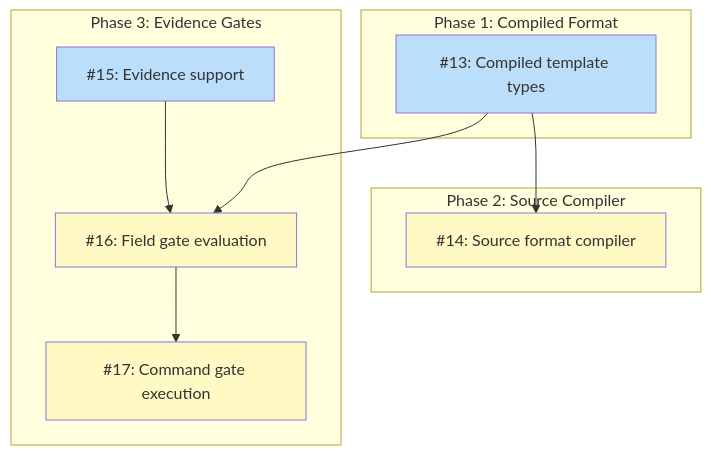
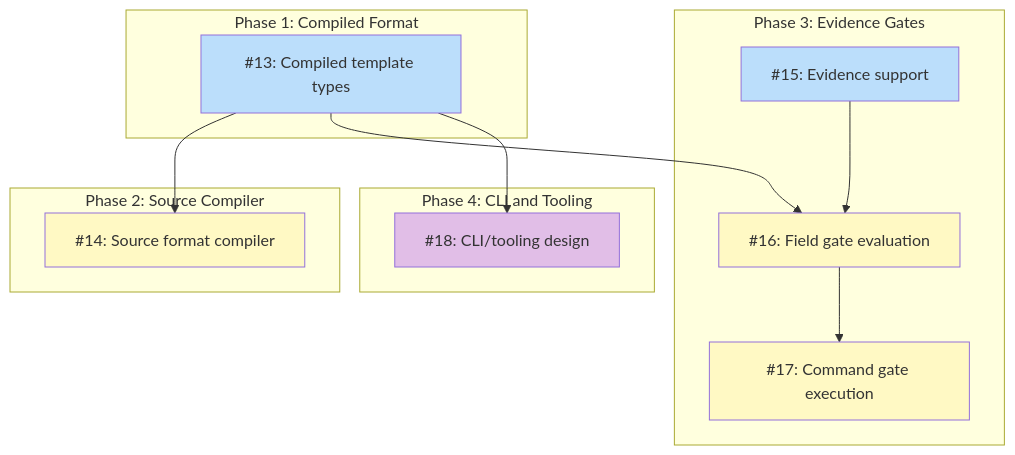
Before and after one commit to tsukumogami/koto: the diagram in docs/designs/DESIGN-koto-template-format.md, drawn with Mermaid. The commit also changed other lines of this file, not shown here.

Commit message:
docs(template-format): add needs-design issue for CLI/tooling (Phase 4)

````diff
--- a/docs/designs/DESIGN-koto-template-format.md
+++ b/docs/designs/DESIGN-koto-template-format.md
@@ -49,30 +51,36 @@
 ```mermaid
 graph TD
     subgraph Phase1["Phase 1: Compiled Format"]
         I13["#13: Compiled template types"]
     end
 
     subgraph Phase2["Phase 2: Source Compiler"]
         I14["#14: Source format compiler"]
     end
 
     subgraph Phase3["Phase 3: Evidence Gates"]
         I15["#15: Evidence support"]
         I16["#16: Field gate evaluation"]
         I17["#17: Command gate execution"]
     end
 
+    subgraph Phase4["Phase 4: CLI and Tooling"]
+        I18["#18: CLI/tooling design"]
+    end
+
     I13 --> I14
     I13 --> I16
+    I13 --> I18
     I15 --> I16
     I16 --> I17
 
     classDef done fill:#c8e6c9
     classDef ready fill:#bbdefb
     classDef blocked fill:#fff9c4
     classDef needsDesign fill:#e1bee7
     classDef tracksDesign fill:#FFE0B2,stroke:#F57C00,color:#000
 
     class I13,I15 ready
     class I14,I16,I17 blocked
+    class I18 needsDesign
 ```
````
